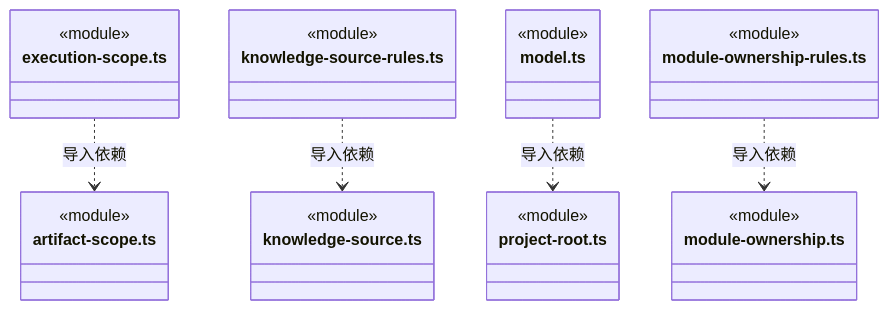
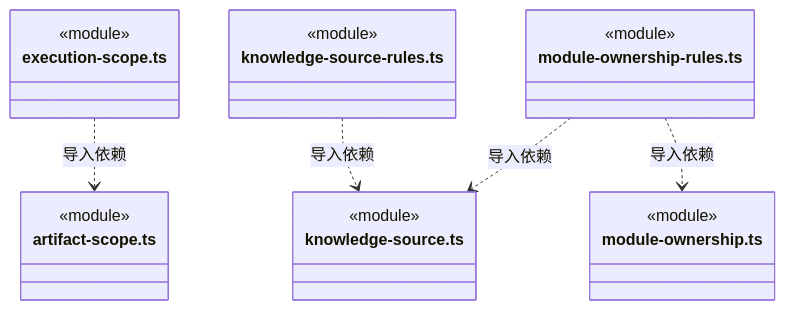
One commit to nan023062/cbim changed diagram 35 of 37 in src/backend/core/workspace/ARCHITECTURE.md. Above: the diagram before and after it, drawn with Mermaid. The commit also changed other lines of this file and 971 other files, not shown here.

First line of the commit message:
refactor: align backend source layout with V&B module boundaries

````diff
--- a/src/backend/core/workspace/ARCHITECTURE.md
+++ b/src/backend/core/workspace/ARCHITECTURE.md
@@ -792,31 +774,25 @@
 ```mermaid
 classDiagram
 class N_src_backend_core_workspace_execution_scope_ts["execution-scope.ts"] {
   <<module>>
 }
 class N_src_backend_core_workspace_artifact_scope_ts["artifact-scope.ts"] {
   <<module>>
 }
 class N_src_backend_core_workspace_knowledge_source_rules_ts["knowledge-source-rules.ts"] {
   <<module>>
 }
 class N_src_backend_core_workspace_knowledge_source_ts["knowledge-source.ts"] {
   <<module>>
 }
-class N_src_backend_core_workspace_model_ts["model.ts"] {
-  <<module>>
-}
-class N_src_backend_core_workspace_project_root_ts["project-root.ts"] {
-  <<module>>
-}
 class N_src_backend_core_workspace_module_ownership_rules_ts["module-ownership-rules.ts"] {
   <<module>>
 }
 class N_src_backend_core_workspace_module_ownership_ts["module-ownership.ts"] {
   <<module>>
 }
 N_src_backend_core_workspace_execution_scope_ts ..> N_src_backend_core_workspace_artifact_scope_ts : 导入依赖
 N_src_backend_core_workspace_knowledge_source_rules_ts ..> N_src_backend_core_workspace_knowledge_source_ts : 导入依赖
-N_src_backend_core_workspace_model_ts ..> N_src_backend_core_workspace_project_root_ts : 导入依赖
 N_src_backend_core_workspace_module_ownership_rules_ts ..> N_src_backend_core_workspace_module_ownership_ts : 导入依赖
+N_src_backend_core_workspace_module_ownership_rules_ts ..> N_src_backend_core_workspace_knowledge_source_ts : 导入依赖
 ```
````
